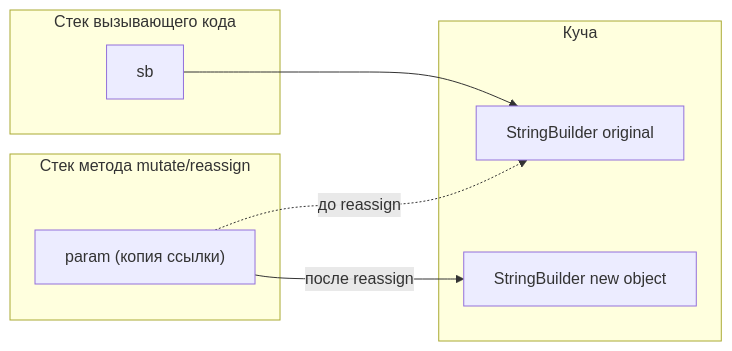
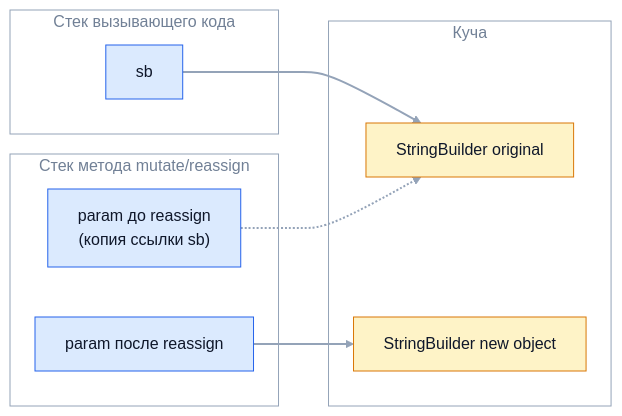
Before and after one commit to bogdan111305/java-senior-roadmap: the diagram in kb/02-java-core/05-methods.md, drawn with Mermaid. The commit also changed other lines of this file and 31 other files, not shown here.

````diff
--- a/kb/02-java-core/05-methods.md
+++ b/kb/02-java-core/05-methods.md
@@ -151,16 +151,28 @@
 ```mermaid
 flowchart LR
-    subgraph "Стек вызывающего кода"
+    subgraph CALLER["Стек вызывающего кода"]
     sb["sb"]
     end
-    subgraph "Стек метода mutate/reassign"
-    param["param (копия ссылки)"]
+    subgraph CALLEE["Стек метода mutate/reassign"]
+    p1["param до reassign<br/>(копия ссылки sb)"]
+    p2["param после reassign"]
     end
-    subgraph Куча
+    subgraph HEAP["Куча"]
     obj1["StringBuilder original"]
     obj2["StringBuilder new object"]
     end
     sb --> obj1
-    param -.->|"до reassign"| obj1
-    param -->|"после reassign"| obj2
+    p1 -.-> obj1
+    p2 --> obj2
+    classDef main fill:#dbeafe,stroke:#2563eb,color:#0f172a
+    classDef accent fill:#fef3c7,stroke:#d97706,color:#0f172a
+    classDef good fill:#dcfce7,stroke:#16a34a,color:#0f172a
+    classDef muted fill:#f1f5f9,stroke:#64748b,color:#0f172a
+    classDef bad fill:#fee2e2,stroke:#dc2626,color:#0f172a
+    class sb,p1,p2 main
+    class obj1,obj2 accent
+    style CALLER fill:none,stroke:#94a3b8,color:#718096
+    style CALLEE fill:none,stroke:#94a3b8,color:#718096
+    style HEAP fill:none,stroke:#94a3b8,color:#718096
+    linkStyle default stroke:#94a3b8,stroke-width:2px
 ```
````
